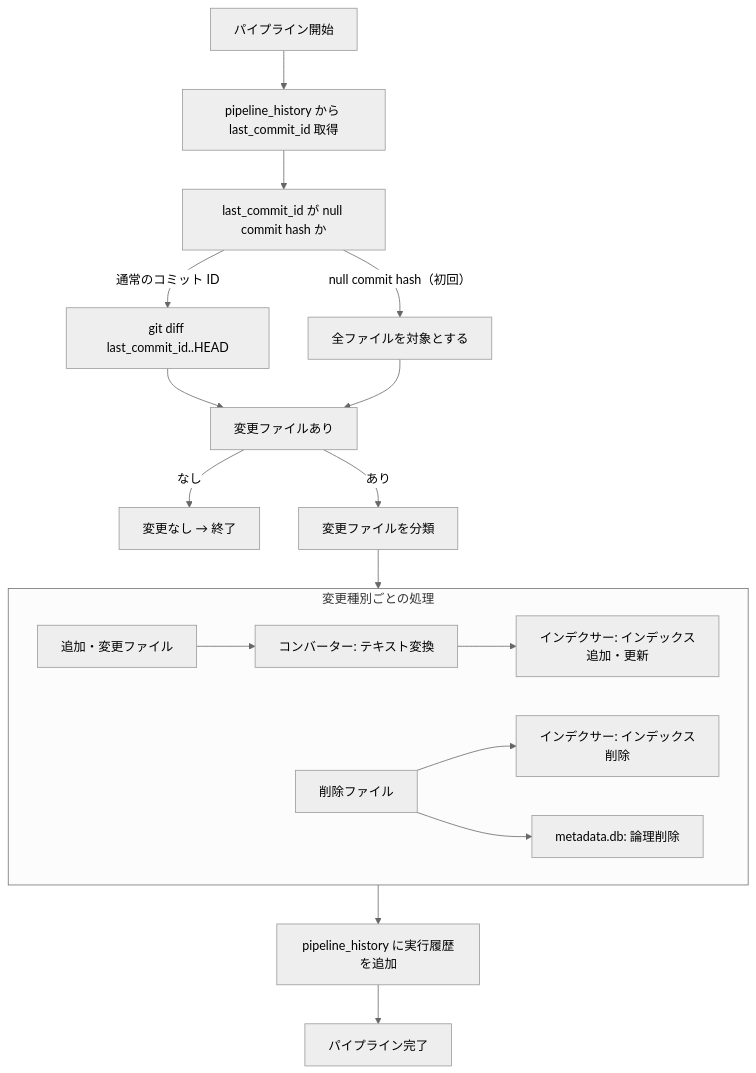
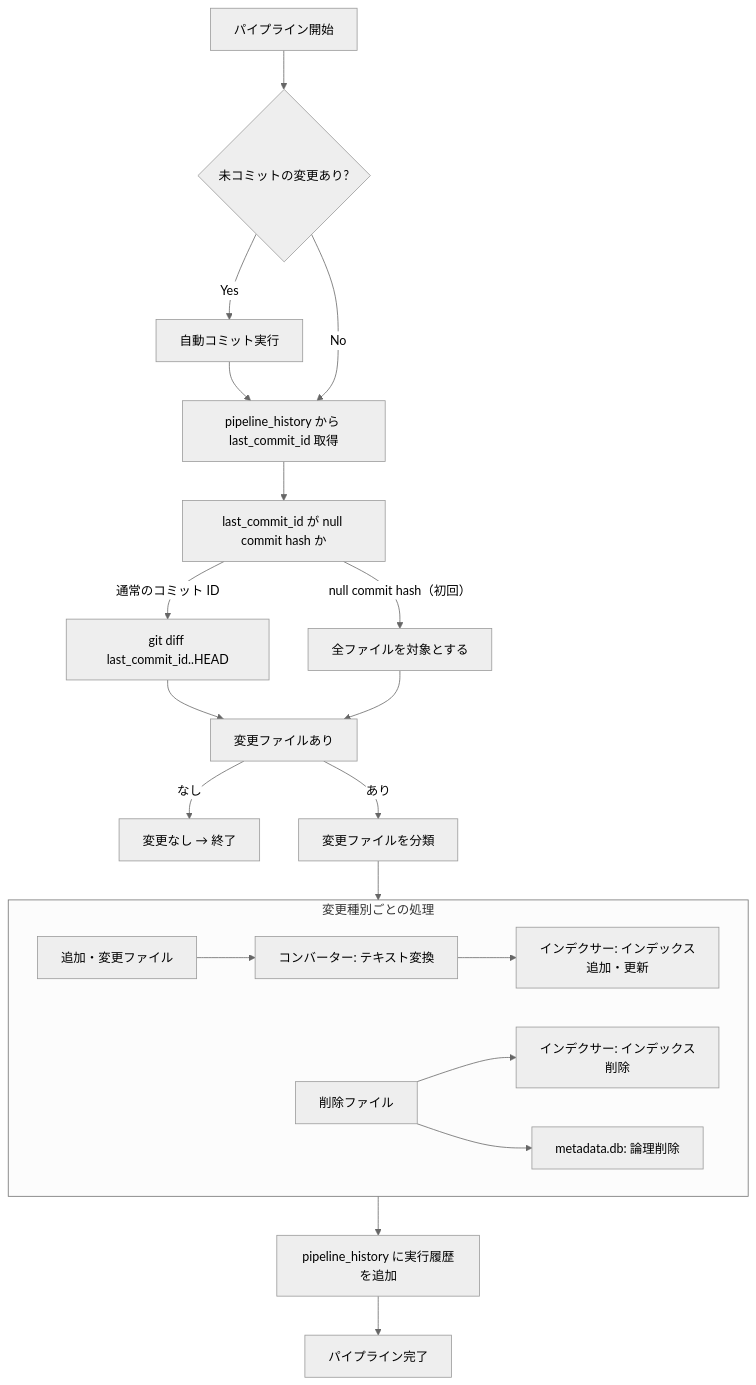
The first of 3 diagrams in docs/specs/pipeline-controller.md (becky3/rag-knowledge), drawn with Mermaid (neutral theme) before and after one commit. The commit also changed other lines of this file and 6 other files, not shown here.

First line of the commit message:
feat(rebuild-stats): auto_commit パラメータ廃止、incremental 自動コミット化 (#337)

````diff
--- a/docs/specs/pipeline-controller.md
+++ b/docs/specs/pipeline-controller.md
@@ -106,35 +108,40 @@
 ```mermaid
 flowchart TD
     START["パイプライン開始"]
+    CHECK_DIRTY{"未コミットの変更あり?"}
+    AUTO_COMMIT["自動コミット実行"]
     GET_STATE["pipeline_history から last_commit_id 取得"]
     CHECK["last_commit_id が null commit hash か"]
     DIFF["git diff last_commit_id..HEAD"]
     FULL["全ファイルを対象とする"]
     HAS_CHANGES["変更ファイルあり"]
     NO_CHANGES["変更なし → 終了"]
     CLASSIFY["変更ファイルを分類"]
 
     subgraph PROCESS["変更種別ごとの処理"]
         ADDED["追加・変更ファイル"]
         DELETED["削除ファイル"]
         ADDED --> CONVERT["コンバーター: テキスト変換"]
         CONVERT --> INDEX_ADD["インデクサー: インデックス追加・更新"]
         DELETED --> INDEX_DEL["インデクサー: インデックス削除"]
         DELETED --> META_DEL["metadata.db: 論理削除"]
     end
 
     UPDATE_STATE["pipeline_history に実行履歴を追加"]
     END_NODE["パイプライン完了"]
 
-    START --> GET_STATE
+    START --> CHECK_DIRTY
+    CHECK_DIRTY -- Yes --> AUTO_COMMIT
+    AUTO_COMMIT --> GET_STATE
+    CHECK_DIRTY -- No --> GET_STATE
     GET_STATE --> CHECK
     CHECK -->|通常のコミット ID| DIFF
     CHECK -->|null commit hash（初回）| FULL
     DIFF --> HAS_CHANGES
     FULL --> HAS_CHANGES
     HAS_CHANGES -->|あり| CLASSIFY
     HAS_CHANGES -->|なし| NO_CHANGES
     CLASSIFY --> PROCESS
     PROCESS --> UPDATE_STATE
     UPDATE_STATE --> END_NODE
 ```
````
